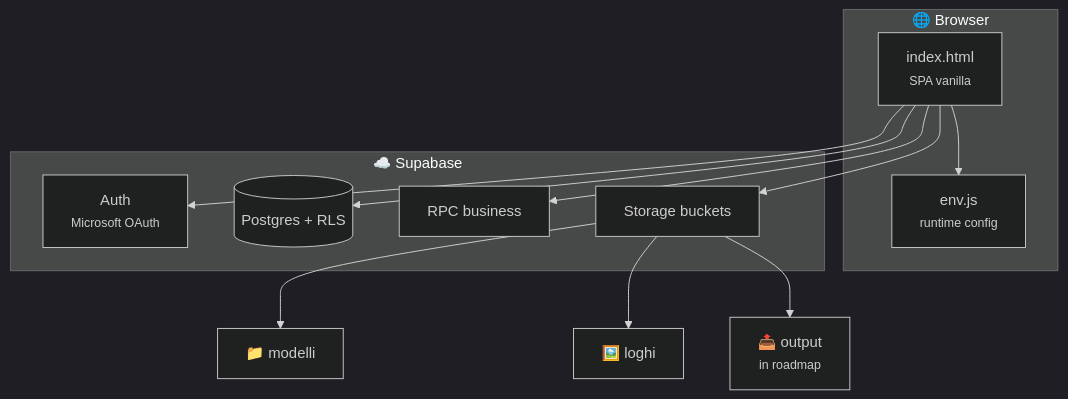
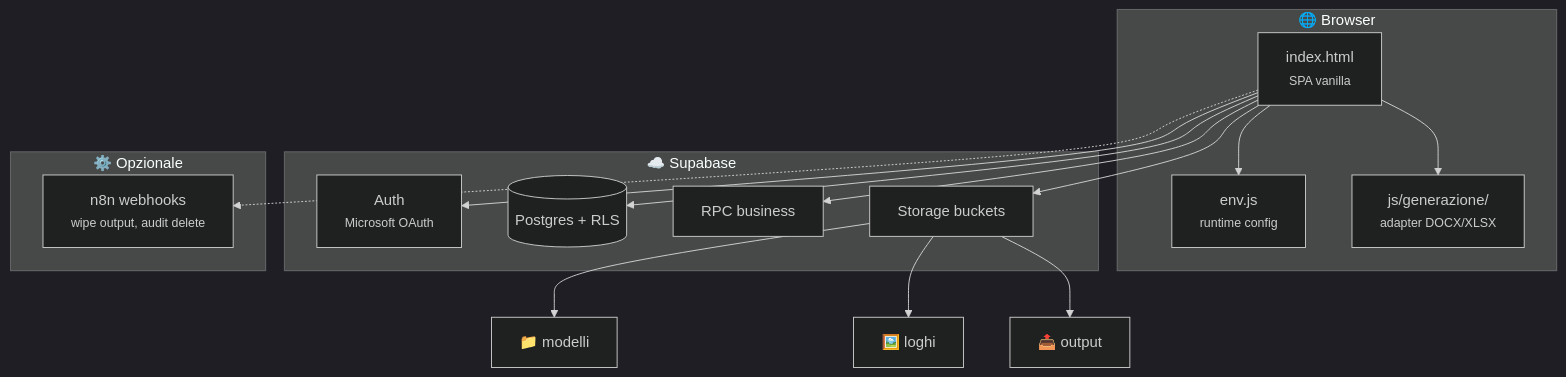
One commit to 00barbabianc400-crypto/RSPP-APP changed the diagram in README.md. Above: the diagram before and after it, drawn with Mermaid (dark theme). The commit also changed other lines of this file, not shown here.

````diff
--- a/README.md
+++ b/README.md
@@ -54,24 +56,31 @@
 ```mermaid
 flowchart TB
     subgraph client["🌐 Browser"]
         SPA["index.html<br/><small>SPA vanilla</small>"]
         ENV["env.js<br/><small>runtime config</small>"]
+        GEN["js/generazione/<br/><small>adapter DOCX/XLSX</small>"]
     end
 
     subgraph supabase["☁️ Supabase"]
         AUTH["Auth<br/><small>Microsoft OAuth</small>"]
         DB[("Postgres + RLS")]
         RPC["RPC business"]
         STG["Storage buckets"]
     end
 
+    subgraph ops["⚙️ Opzionale"]
+        N8N["n8n webhooks<br/><small>wipe output, audit delete</small>"]
+    end
+
     SPA --> ENV
+    SPA --> GEN
     SPA --> AUTH
     SPA --> DB
     SPA --> RPC
     SPA --> STG
+    SPA -.-> N8N
 
     STG --> MOD["📁 modelli"]
     STG --> LOG["🖼️ loghi"]
-    STG --> OUT["📤 output<br/><small>in roadmap</small>"]
+    STG --> OUT["📤 output"]
 ```
````
